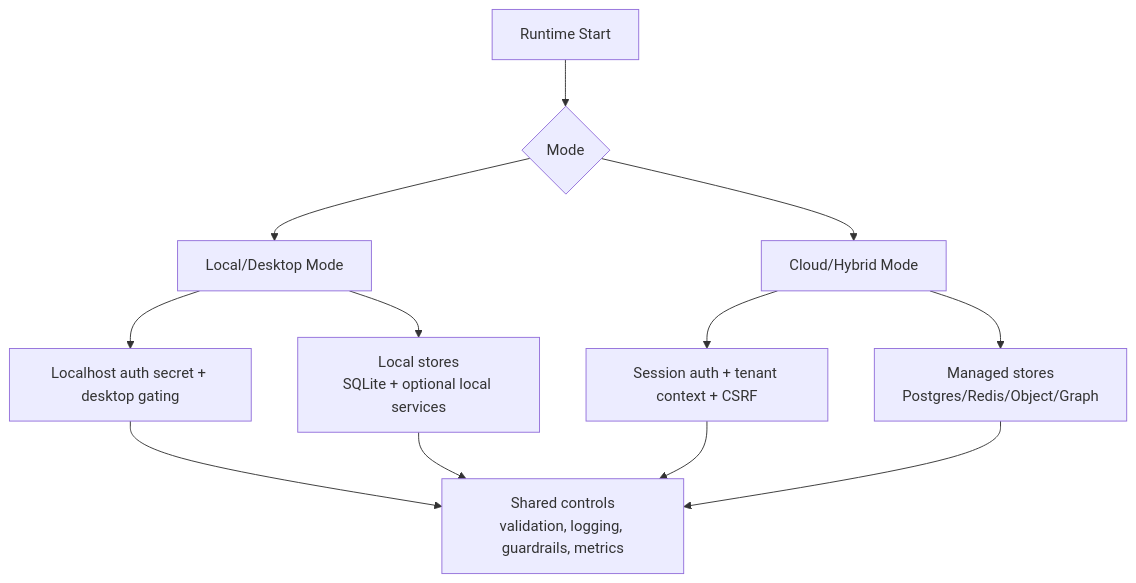
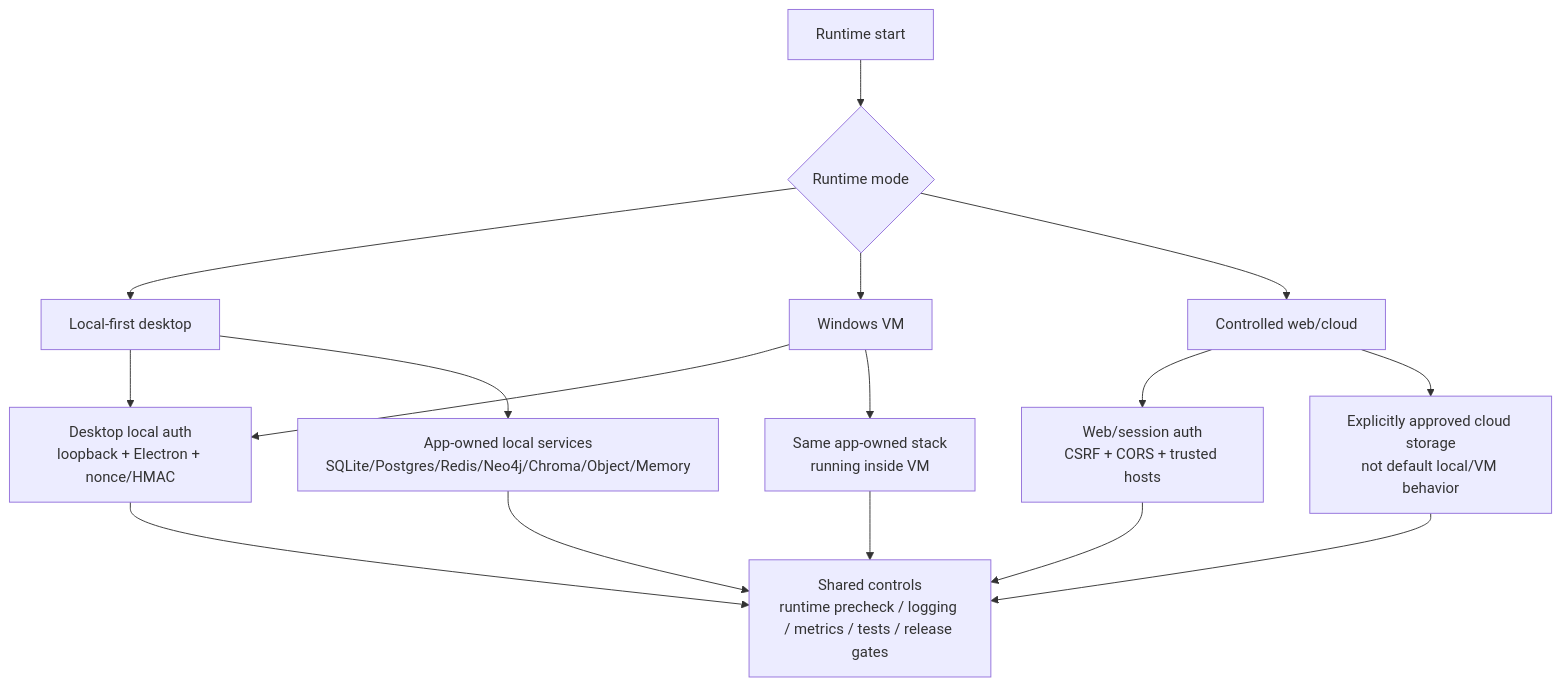
Before and after one commit to kherrera6219/DataLogicEngine: the second of 3 diagrams in docs/ARCHITECTURE_MAP.md, drawn with Mermaid. The commit also changed other lines of this file, not shown here.

Commit message:
docs: refresh architecture map for current system

````diff
--- a/docs/ARCHITECTURE_MAP.md
+++ b/docs/ARCHITECTURE_MAP.md
@@ -39,24 +64,33 @@
 ```mermaid
 flowchart TD
-    start[Runtime Start]
-    mode{Mode}
-    local[Local/Desktop Mode]
-    cloud[Cloud/Hybrid Mode]
-    auth_local[Localhost auth secret + desktop gating]
-    auth_cloud[Session auth + tenant context + CSRF]
-    stores_local[Local stores<br/>SQLite + optional local services]
-    stores_cloud[Managed stores<br/>Postgres/Redis/Object/Graph]
-    shared[Shared controls<br/>validation, logging, guardrails, metrics]
+    start[Runtime start]
+    mode{Runtime mode}
+    desktop[Local-first desktop]
+    vm[Windows VM]
+    cloud[Controlled web/cloud]
+
+    authDesktop[Desktop local auth\nloopback + Electron + nonce/HMAC]
+    authWeb[Web/session auth\nCSRF + CORS + trusted hosts]
+
+    storesLocal[App-owned local services\nSQLite/Postgres/Redis/Neo4j/Chroma/Object/Memory]
+    storesVm[Same app-owned stack\nrunning inside VM]
+    storesCloud[Explicitly approved cloud storage\nnot default local/VM behavior]
+
+    shared[Shared controls\nruntime precheck / logging / metrics / tests / release gates]
 
     start --> mode
-    mode --> local
+    mode --> desktop
+    mode --> vm
     mode --> cloud
-    local --> auth_local
-    local --> stores_local
-    cloud --> auth_cloud
-    cloud --> stores_cloud
-    auth_local --> shared
-    auth_cloud --> shared
-    stores_local --> shared
-    stores_cloud --> shared
+    desktop --> authDesktop
+    vm --> authDesktop
+    cloud --> authWeb
+    desktop --> storesLocal
+    vm --> storesVm
+    cloud --> storesCloud
+    authDesktop --> shared
+    authWeb --> shared
+    storesLocal --> shared
+    storesVm --> shared
+    storesCloud --> shared
 ```
````
